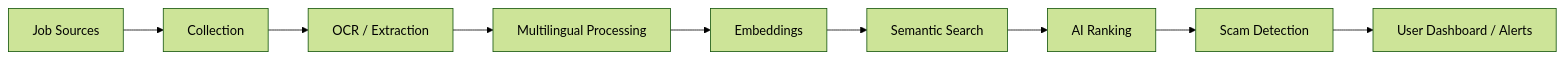
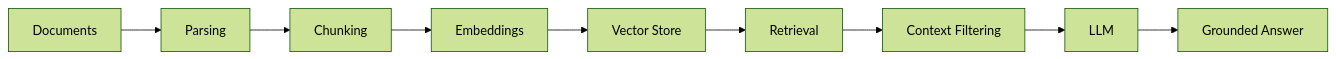
Before and after one commit to Nadjiba-Rahal/Nadjiba-Rahal: the third of 5 diagrams in README.md, drawn with Mermaid (forest theme). The commit also changed other lines of this file, not shown here.

````diff
--- a/README.md
+++ b/README.md
@@ -137,13 +238,11 @@
 ```mermaid
 flowchart LR
-
-    A["Job Sources"] --> B["Collection"]
-    B --> C["OCR / Extraction"]
-    C --> D["Multilingual Processing"]
-    D --> E["Embeddings"]
-    E --> F["Semantic Search"]
-
-    F --> G["AI Ranking"]
-    G --> H["Scam Detection"]
-    H --> I["User Dashboard / Alerts"]
+    A[Documents] --> B[Parsing]
+    B --> C[Chunking]
+    C --> D[Embeddings]
+    D --> E[Vector Store]
+    E --> F[Retrieval]
+    F --> G[Context Filtering]
+    G --> H[LLM]
+    H --> I[Grounded Answer]
 ```
````
